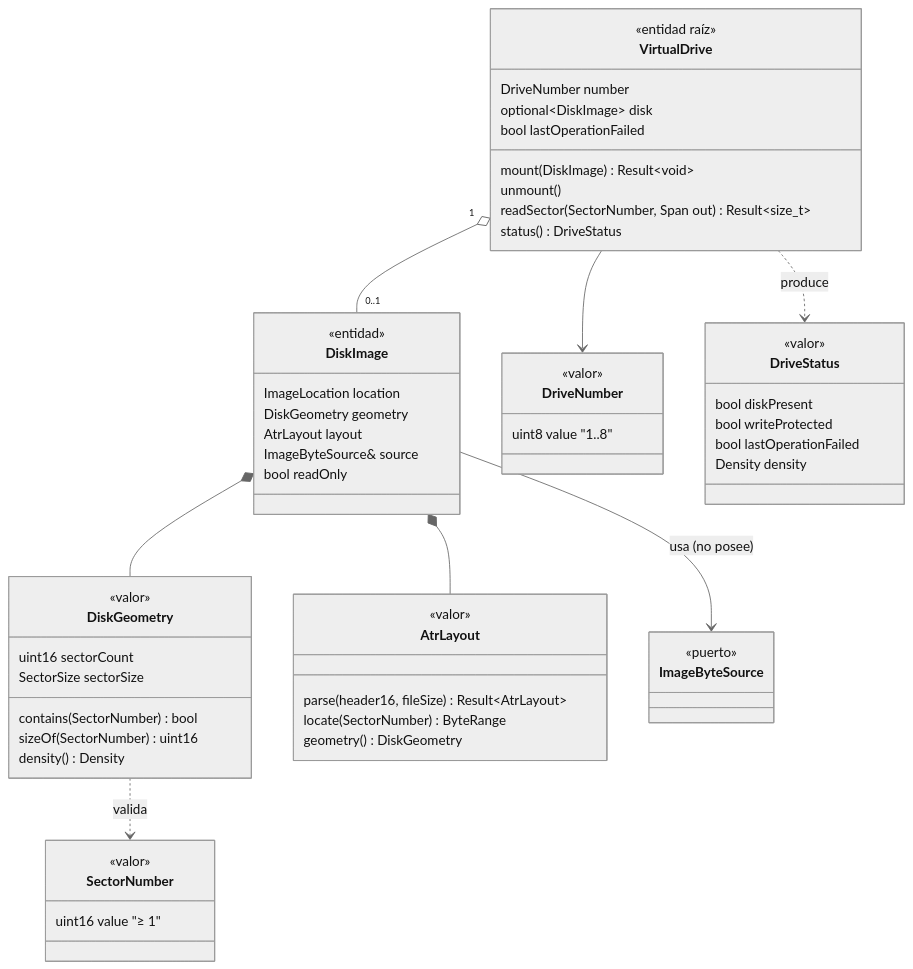
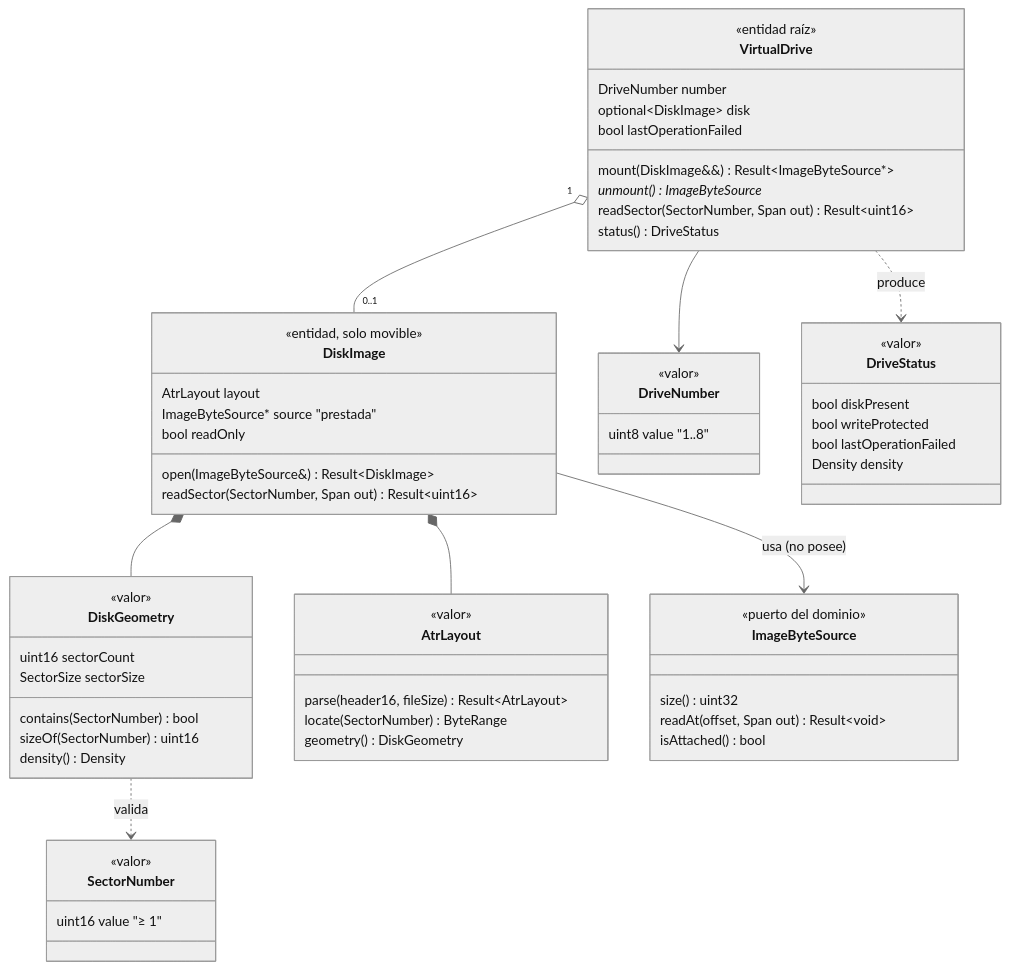
The second of 3 diagrams in docs/arquitectura-inicial.md (calaluis/retrobridge-chile), drawn with Mermaid (neutral theme) before and after one commit. The commit also changed other lines of this file and 28 other files, not shown here.

First line of the commit message:
H1: núcleo del dominio Atari XL/XE

````diff
--- a/docs/arquitectura-inicial.md
+++ b/docs/arquitectura-inicial.md
@@ -207,60 +215,63 @@
 ```mermaid
 classDiagram
   class VirtualDrive {
     <<entidad raíz>>
     DriveNumber number
     optional~DiskImage~ disk
     bool lastOperationFailed
-    mount(DiskImage) Result~void~
-    unmount()
-    readSector(SectorNumber, Span out) Result~size_t~
+    mount(DiskImage&&) Result~ImageByteSource*~
+    unmount() ImageByteSource*
+    readSector(SectorNumber, Span out) Result~uint16~
     status() DriveStatus
   }
   class DiskImage {
-    <<entidad>>
-    ImageLocation location
-    DiskGeometry geometry
+    <<entidad, solo movible>>
     AtrLayout layout
-    ImageByteSource& source
+    ImageByteSource* source  "prestada"
+    open(ImageByteSource&) Result~DiskImage~
+    readSector(SectorNumber, Span out) Result~uint16~
     bool readOnly
   }
   class DiskGeometry {
     <<valor>>
     uint16 sectorCount
     SectorSize sectorSize
     contains(SectorNumber) bool
     sizeOf(SectorNumber) uint16
     density() Density
   }
   class AtrLayout {
     <<valor>>
     parse(header16, fileSize) Result~AtrLayout~
     locate(SectorNumber) ByteRange
     geometry() DiskGeometry
   }
   class SectorNumber {
     <<valor>>
     uint16 value  "≥ 1"
   }
   class DriveNumber {
     <<valor>>
     uint8 value  "1..8"
   }
   class DriveStatus {
     <<valor>>
     bool diskPresent
     bool writeProtected
     bool lastOperationFailed
     Density density
   }
   class ImageByteSource {
-    <<puerto>>
+    <<puerto del dominio>>
+    size() uint32
+    readAt(offset, Span out) Result~void~
+    isAttached() bool
   }
   VirtualDrive "1" o-- "0..1" DiskImage
   VirtualDrive --> DriveNumber
   VirtualDrive ..> DriveStatus : produce
   DiskImage *-- DiskGeometry
   DiskImage *-- AtrLayout
   DiskImage --> ImageByteSource : usa (no posee)
   DiskGeometry ..> SectorNumber : valida
 ```
````
